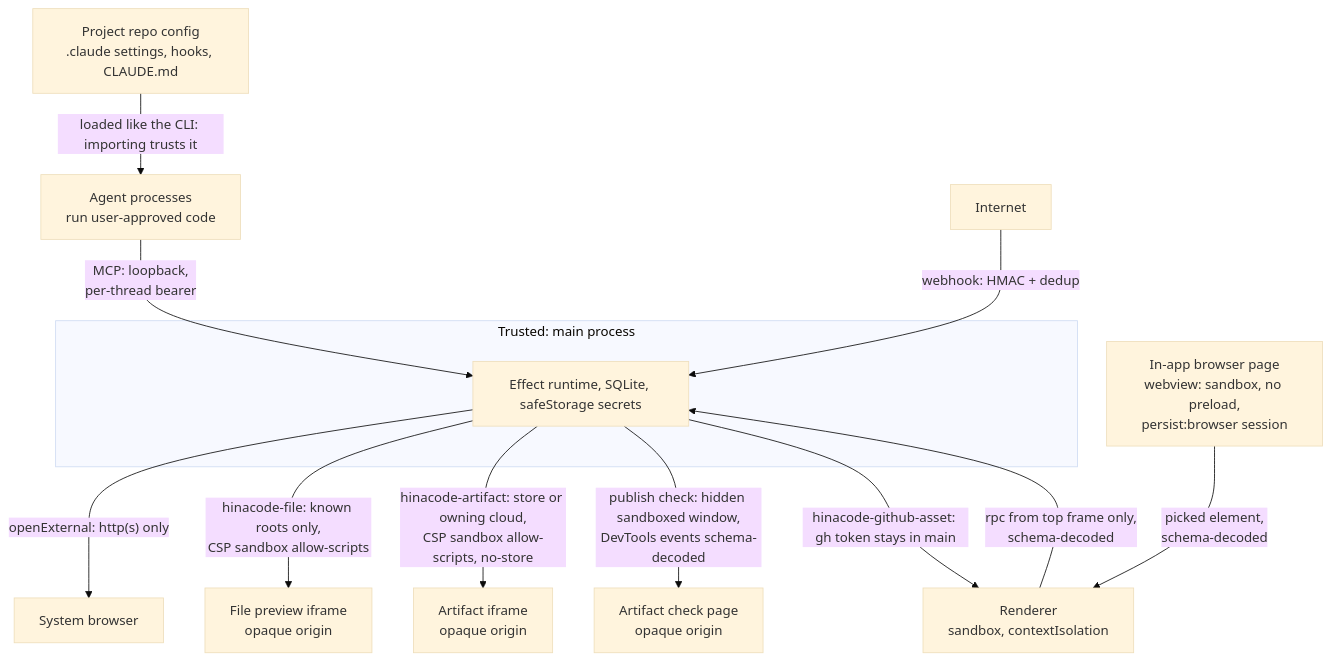
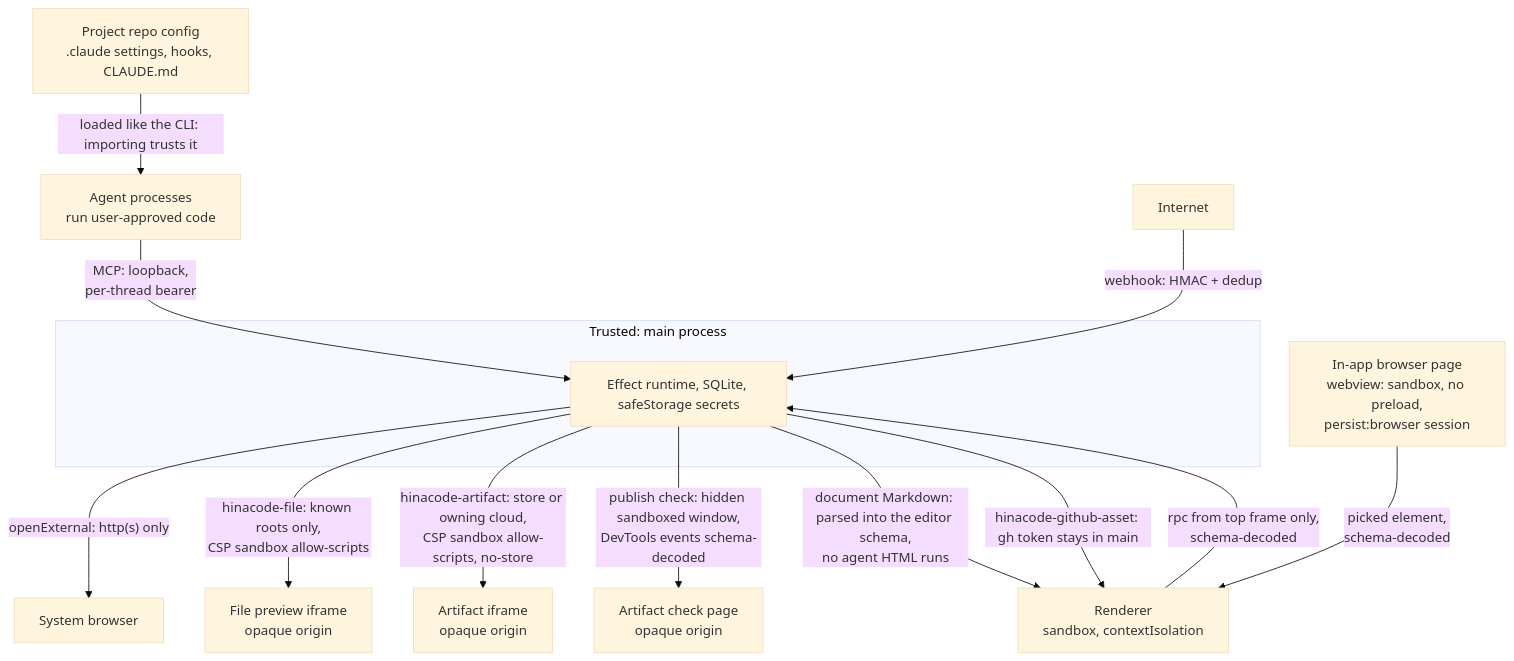
One commit to hinadev-ai/hinacode changed diagram 17 of 17 in docs/arch.md. Above: the diagram before and after it, drawn with Mermaid (base theme). The commit also changed 27 other files, not shown here.

````diff
--- a/docs/arch.md
+++ b/docs/arch.md
@@ -639,16 +639,17 @@
 ```mermaid
 flowchart TB
   subgraph trusted["Trusted: main process"]
     main["Effect runtime, SQLite, safeStorage secrets"]
   end
   renderer["Renderer<br/>sandbox, contextIsolation"] -- "rpc from top frame only,<br/>schema-decoded" --> main
   agents["Agent processes<br/>run user-approved code"] -- "MCP: loopback,<br/>per-thread bearer" --> main
   net["Internet"] -- "webhook: HMAC + dedup" --> main
   main -- "openExternal: http(s) only" --> browser["System browser"]
   page["In-app browser page<br/>webview: sandbox, no preload,<br/>persist:browser session"] -- "picked element,<br/>schema-decoded" --> renderer
   repo["Project repo config<br/>.claude settings, hooks, CLAUDE.md"] -- "loaded like the CLI: importing trusts it" --> agents
   main -- "hinacode-file: known roots only,<br/>CSP sandbox allow-scripts" --> preview["File preview iframe<br/>opaque origin"]
   main -- "hinacode-artifact: store or owning cloud,<br/>CSP sandbox allow-scripts, no-store" --> artifact["Artifact iframe<br/>opaque origin"]
   main -- "publish check: hidden sandboxed window,<br/>DevTools events schema-decoded" --> check["Artifact check page<br/>opaque origin"]
+  main -- "document Markdown: parsed into the editor schema,<br/>no agent HTML runs" --> renderer
   main -- "hinacode-github-asset: gh token stays in main" --> renderer
 ```
````
